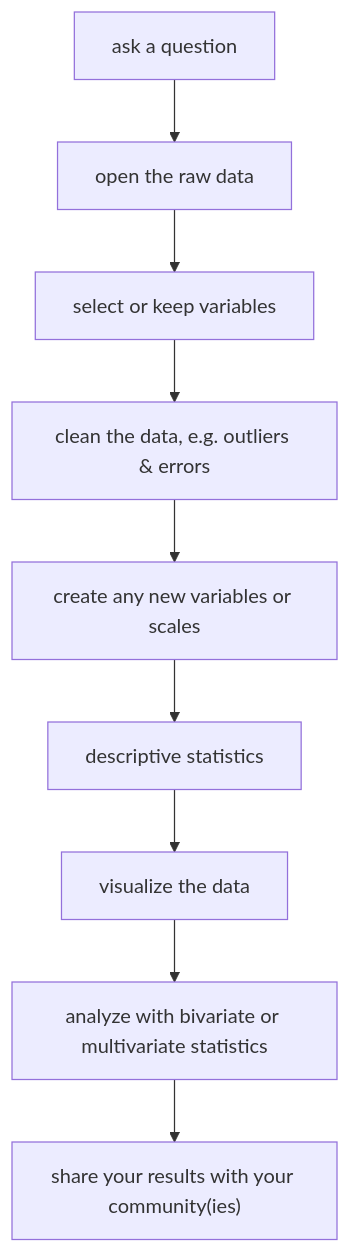
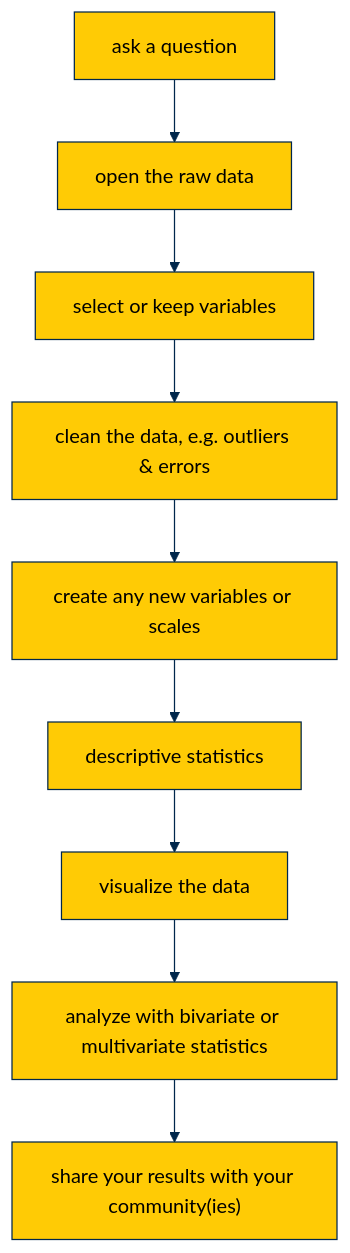
The first of 2 diagrams in workflow/workflow.qmd (agrogan1/teaching), drawn with Mermaid before and after one commit. The commit also changed other lines of this file and 2 other files, not shown here.

Commit message:
added figure labels & colors from MICS-DAG

````diff
--- a/workflow/workflow.qmd
+++ b/workflow/workflow.qmd
@@ -50,23 +50,39 @@
 ```{mermaid}
 %%| fig-cap: "A Common Data Workflow"
 %%| fig-height: 7
+%%| label: fig-common-workflow
+%%{
+  init: {
+    'theme': 'base',
+    'themeVariables': {
+      'primaryColor': '#FFCB05',
+      'primaryTextColor': '#000000',
+      'primaryBorderColor': '#00274C',
+      'lineColor': '#00274C',
+      'secondaryColor': '#00274C',
+      'secondaryTextColor': '#000000',
+      'tertiaryColor': '#F2F2F2',
+      'tertiaryBorderColor': '#00274C'
+    }
+  }
+}%%
 
 flowchart TB
 
 ask[ask a question]-->open
 
 open[open the raw data]-->keep
 
 keep[select or keep variables]-->clean
 
 clean[clean the data, e.g. outliers & errors]-->wrangle
 
 wrangle[create any new variables or scales]-->descriptives
 
 descriptives[descriptive statistics]-->visualize
 
 visualize[visualize the data]-->analyze
 
 analyze[analyze with bivariate or multivariate statistics]-->share["share your results with your community(ies)"]
 
 ```
````
